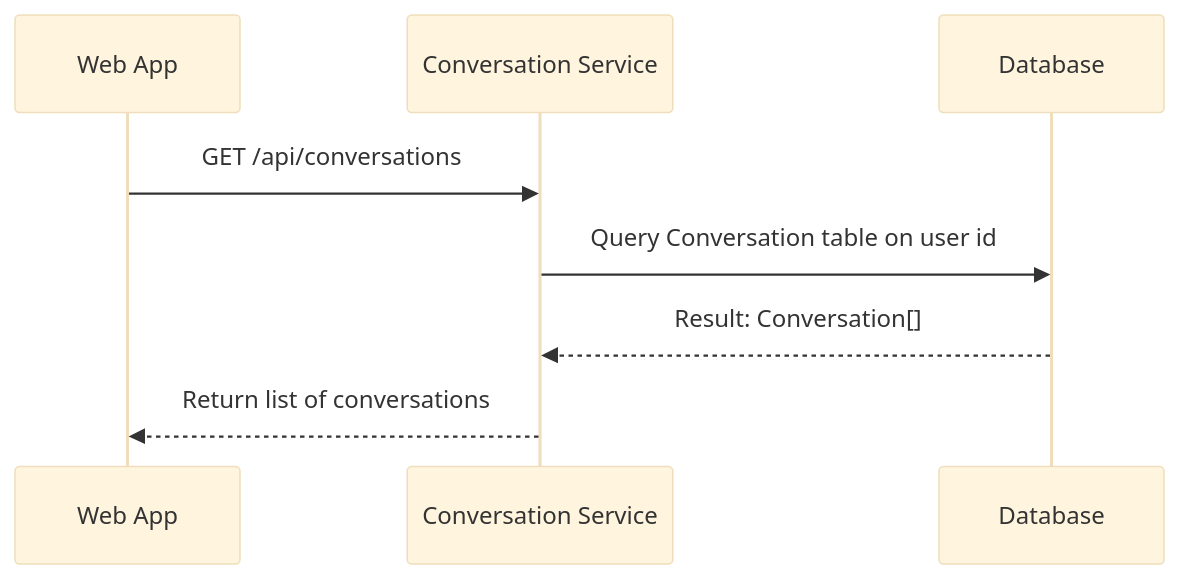
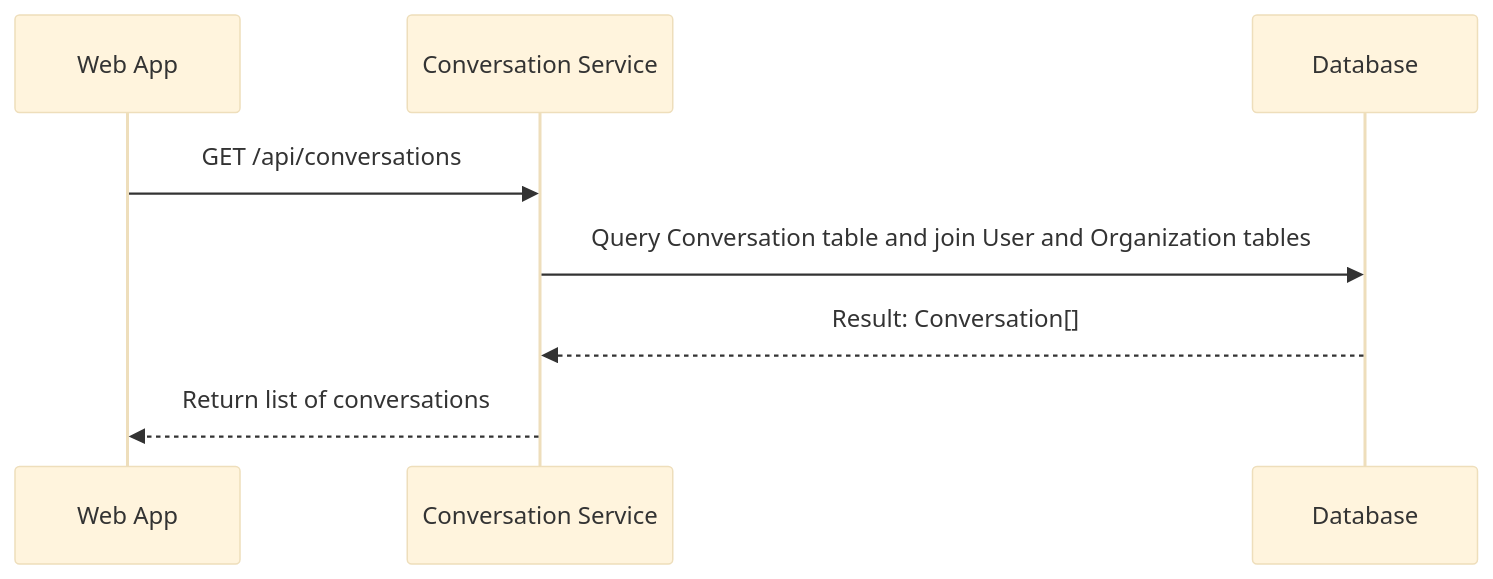
One commit to Red-Shiesties/website changed the second of 7 diagrams in public/artifacts/Artifacts/Architecture/conversation.md. Above: the diagram before and after it, drawn with Mermaid (base theme). The commit also changed other lines of this file and 5 other files, not shown here.

````diff
--- a/public/artifacts/Artifacts/Architecture/conversation.md
+++ b/public/artifacts/Artifacts/Architecture/conversation.md
@@ -91,11 +127,11 @@
 ```mermaid
 sequenceDiagram
 participant  app  as  Web App
 participant  service  as  Conversation  Service
 participant  db  as  Database
 
 app->>service: GET /api/conversations
-service->>db: Query Conversation table on user id
+service->>db: Query Conversation table and join User and Organization tables
 db-->>service: Result: Conversation[]
 service-->>app: Return list of conversations
 ```
````
